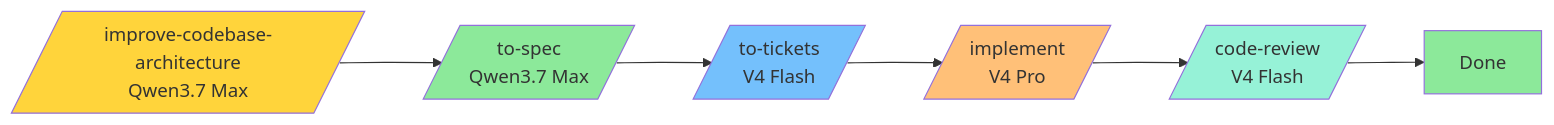
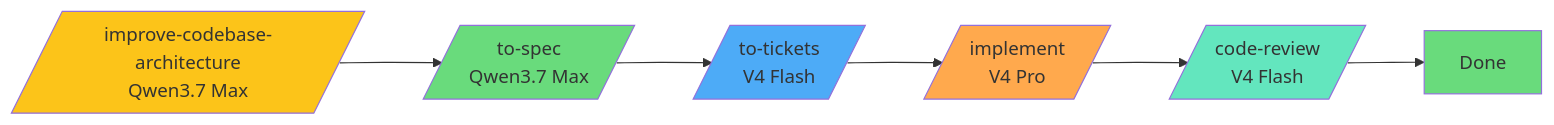
The fourth of 5 diagrams in README.md (elisharkray1030/ai-coding-workflow), drawn with Mermaid before and after one commit. The commit also changed other lines of this file, not shown here.

First line of the commit message:
Darken Mermaid diagram fills for readability

````diff
--- a/README.md
+++ b/README.md
@@ -96,21 +96,21 @@
 ```mermaid
 graph LR
     AS[/improve-codebase-architecture<br/>Qwen3.7 Max/] --> SP[/to-spec<br/>Qwen3.7 Max/]
     SP --> TK[/to-tickets<br/>V4 Flash/]
     TK --> IM[/implement<br/>V4 Pro/]
     IM --> CR[/code-review<br/>V4 Flash/]
     CR --> DN[Done]
 
-    classDef yellow fill:#ffd43b
-    classDef green fill:#8ce99a
-    classDef blue fill:#74c0fc
-    classDef orange fill:#ffc078
-    classDef teal fill:#96f2d7
+    classDef yellow fill:#fcc419
+    classDef green fill:#69db7c
+    classDef blue fill:#4dabf7
+    classDef orange fill:#ffa94d
+    classDef teal fill:#63e6be
 
     class AS yellow
     class SP green
     class TK blue
     class IM orange
     class CR teal
     class DN green
 ```
````
